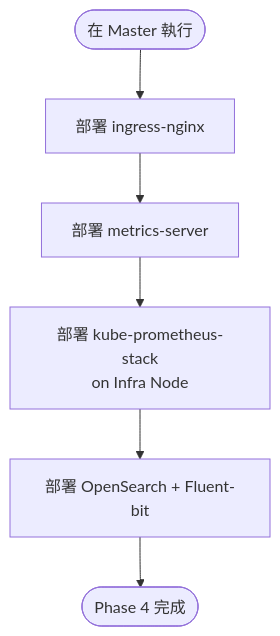
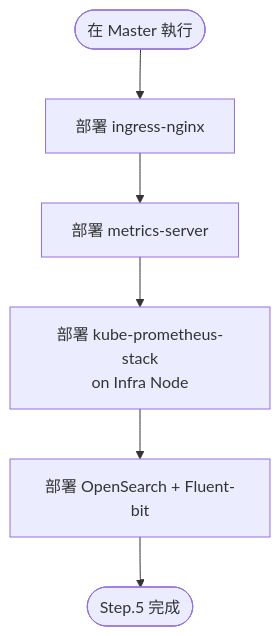
One commit to MansionLai/notebook changed the sixth of 7 diagrams in kubernetes/3node-multipass/setup-flowchart.md. Above: the diagram before and after it, drawn with Mermaid. The commit also changed other lines of this file and 2 other files, not shown here.

Commit message:
docs: complete buildup.md steps and align all files to Step.0-6 sequence

````diff
--- a/kubernetes/3node-multipass/setup-flowchart.md
+++ b/kubernetes/3node-multipass/setup-flowchart.md
@@ -72,8 +85,8 @@
 ```mermaid
 flowchart TD
     S([在 Master 執行]) --> H1[部署 ingress-nginx]
     H1 --> H2[部署 metrics-server]
     H2 --> H3[部署 kube-prometheus-stack\non Infra Node]
     H3 --> H4[部署 OpenSearch + Fluent-bit]
-    H4 --> DONE([Phase 4 完成])
+    H4 --> DONE([Step.5 完成])
 ```
````
